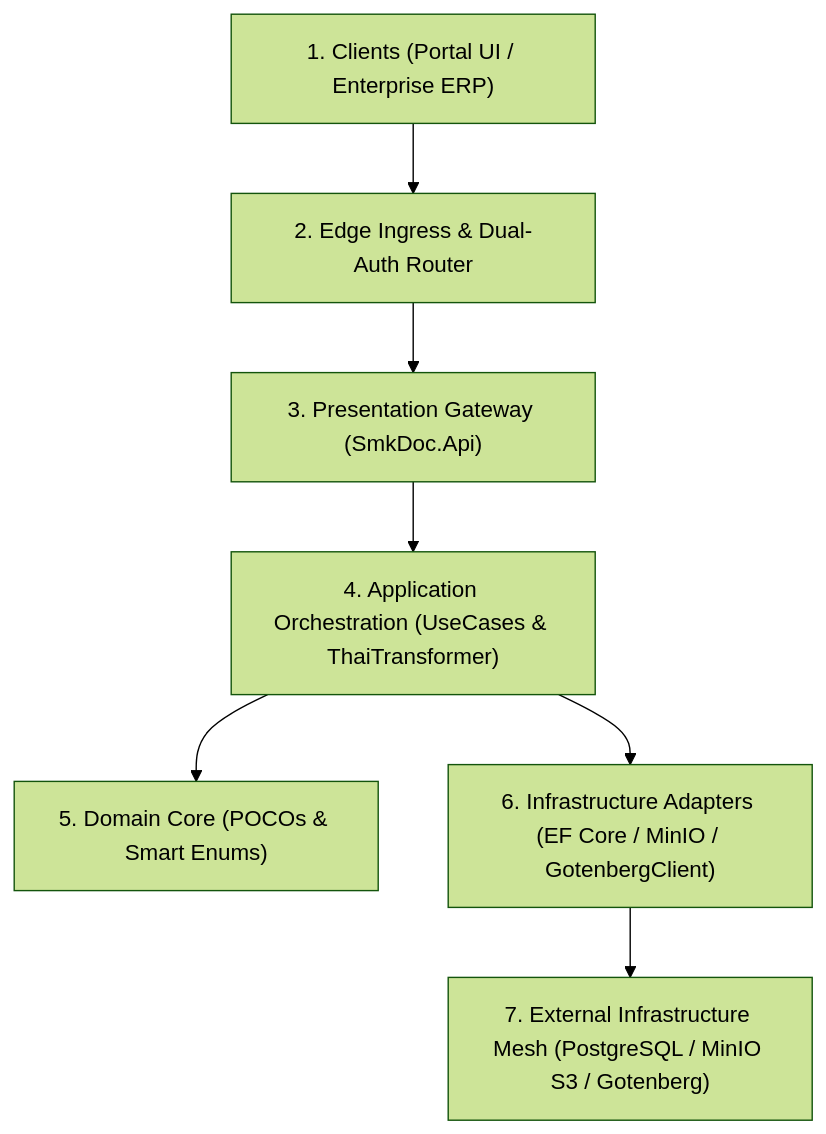
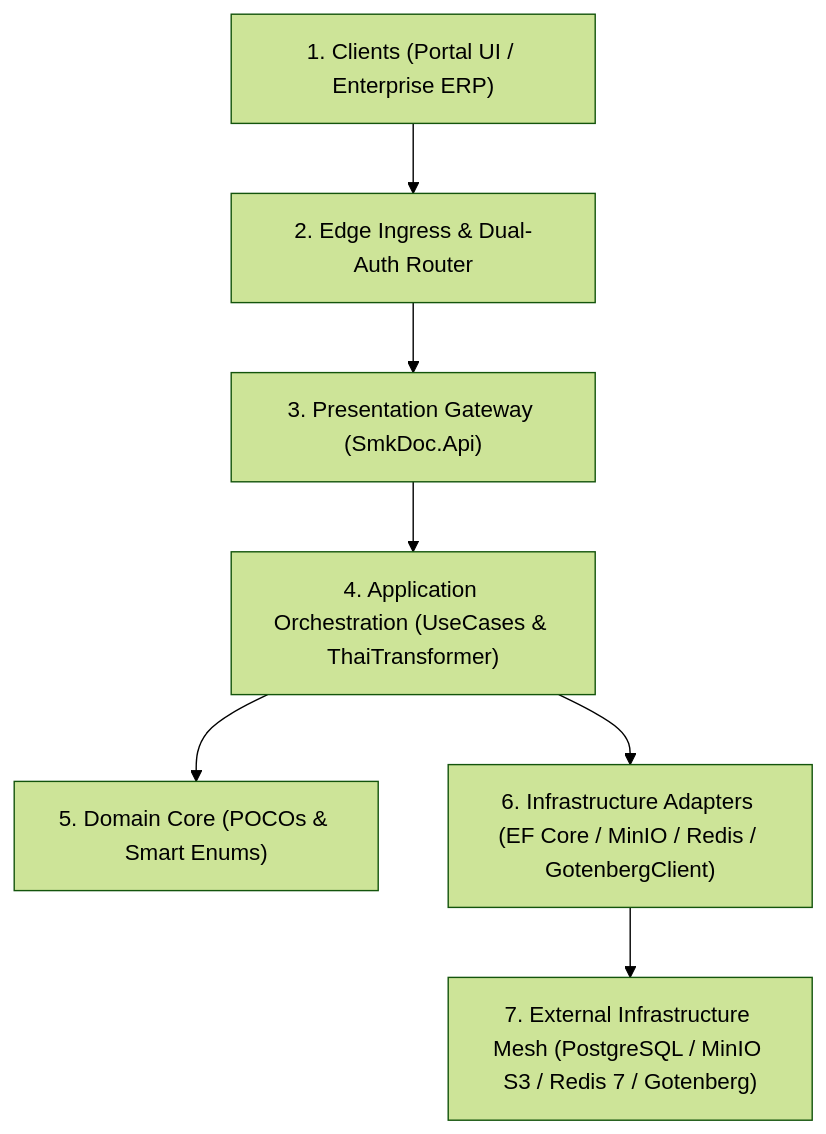
One commit to suang05/doc_template changed the diagram in docs/AI/00_architecture_core/00_system_blueprint_and_data_flow.md. Above: the diagram before and after it, drawn with Mermaid (forest theme). The commit also changed other lines of this file and 29 other files, not shown here.

Commit message:
feat: initialize backend-v2 infrastructure, api layer, and architectural documentation

````diff
--- a/docs/AI/00_architecture_core/00_system_blueprint_and_data_flow.md
+++ b/docs/AI/00_architecture_core/00_system_blueprint_and_data_flow.md
@@ -34,9 +34,9 @@
 ```mermaid
 graph TD
     Clients["1. Clients (Portal UI / Enterprise ERP)"] --> Ingress["2. Edge Ingress & Dual-Auth Router"]
     Ingress --> Api["3. Presentation Gateway (SmkDoc.Api)"]
     Api --> Application["4. Application Orchestration (UseCases & ThaiTransformer)"]
     Application --> Domain["5. Domain Core (POCOs & Smart Enums)"]
-    Application --> Infra["6. Infrastructure Adapters (EF Core / MinIO / GotenbergClient)"]
-    Infra --> External["7. External Infrastructure Mesh (PostgreSQL / MinIO S3 / Gotenberg)"]
+    Application --> Infra["6. Infrastructure Adapters (EF Core / MinIO / Redis / GotenbergClient)"]
+    Infra --> External["7. External Infrastructure Mesh (PostgreSQL / MinIO S3 / Redis 7 / Gotenberg)"]
 ```
````
